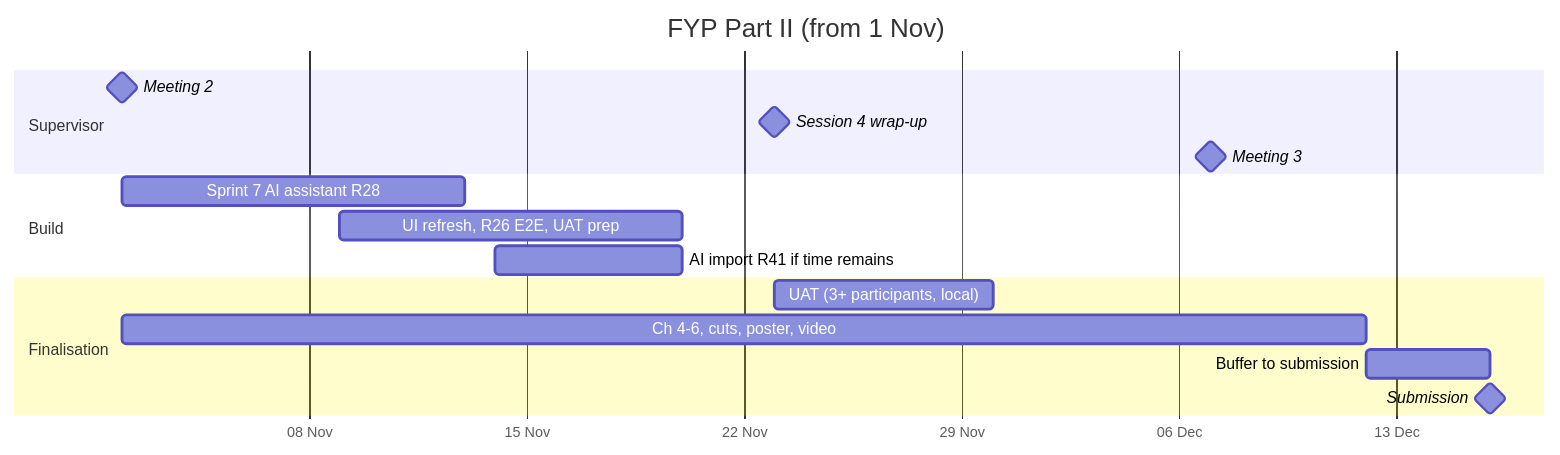
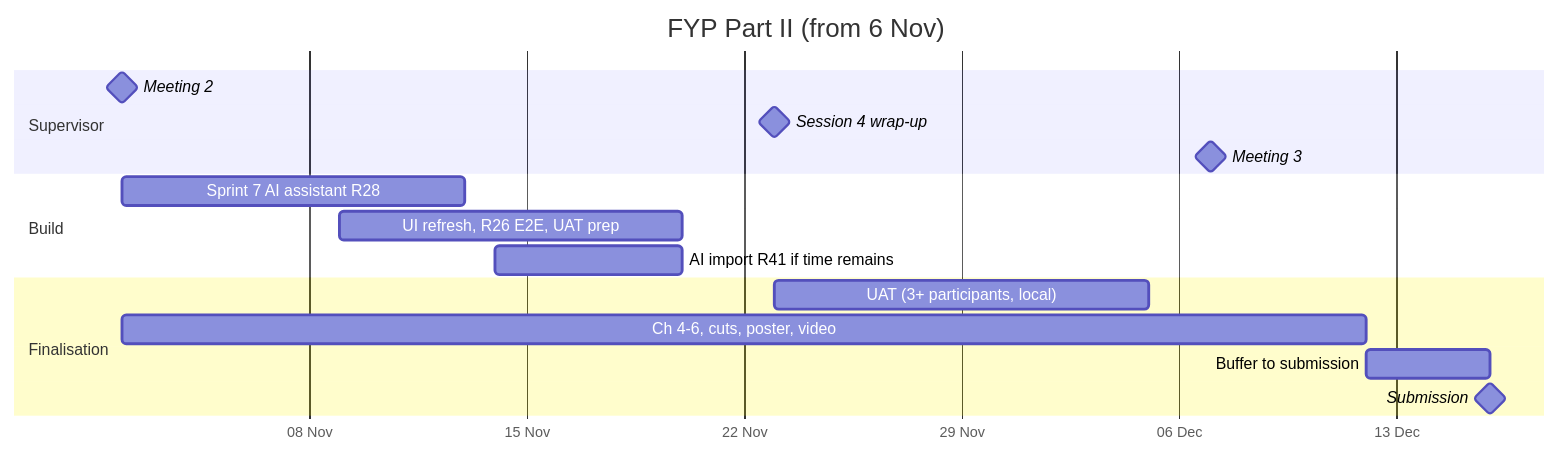
One commit to qicai14/NotaLah changed the diagram in docs/PLAN.md. Above: the diagram before and after it, drawn with Mermaid. The commit also changed other lines of this file and 6 other files, not shown here.

````diff
--- a/docs/PLAN.md
+++ b/docs/PLAN.md
@@ -15,20 +18,20 @@
 ```mermaid
 gantt
-  title FYP Part II (from 1 Nov)
+  title FYP Part II (from 6 Nov)
   dateFormat YYYY-MM-DD
   axisFormat %d %b
   todayMarker on
   section Supervisor
   Meeting 2                      :milestone, 2026-11-02, 0d
   Session 4 wrap-up              :milestone, 2026-11-23, 0d
   Meeting 3                      :milestone, 2026-12-07, 0d
   section Build
   Sprint 7 AI assistant R28      :a1, 2026-11-02, 2026-11-13
   UI refresh, R26 E2E, UAT prep  :a2, 2026-11-09, 2026-11-20
   AI import R41 if time remains  :a3, 2026-11-14, 2026-11-20
   section Finalisation
-  UAT (3+ participants, local)   :u, 2026-11-23, 2026-11-30
+  UAT (3+ participants, local)   :u, 2026-11-23, 2026-12-05
   Ch 4-6, cuts, poster, video    :f, 2026-11-02, 2026-12-12
   Buffer to submission           :b, 2026-12-12, 2026-12-16
   Submission                     :milestone, 2026-12-16, 0d
 ```
````
